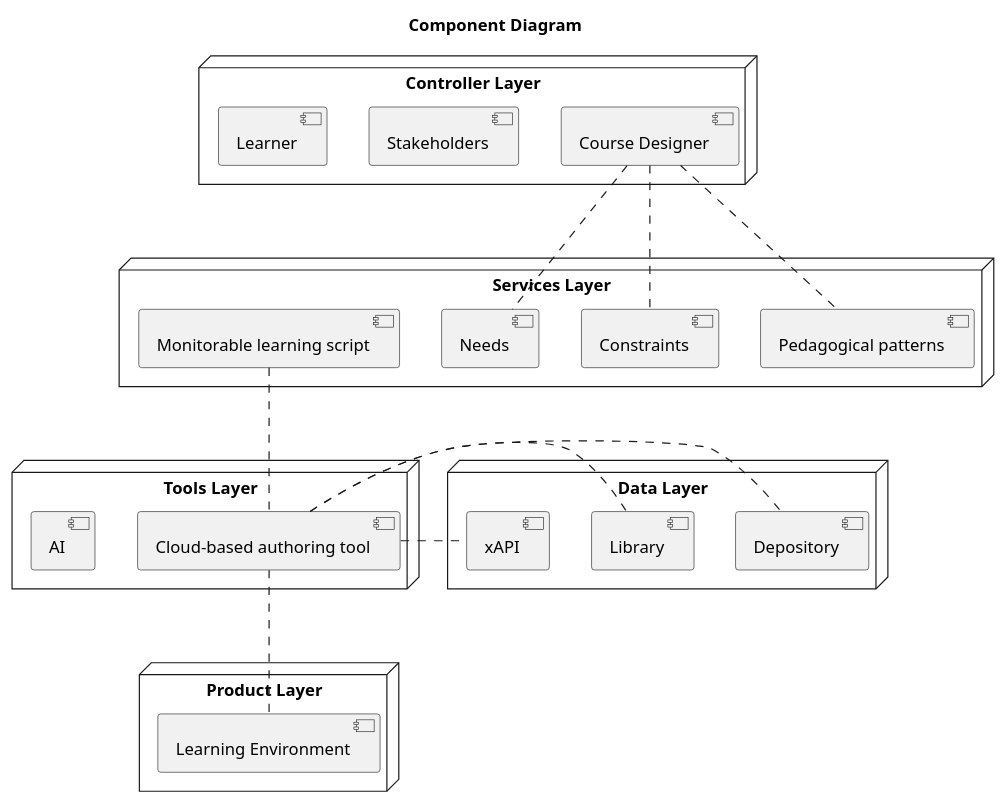
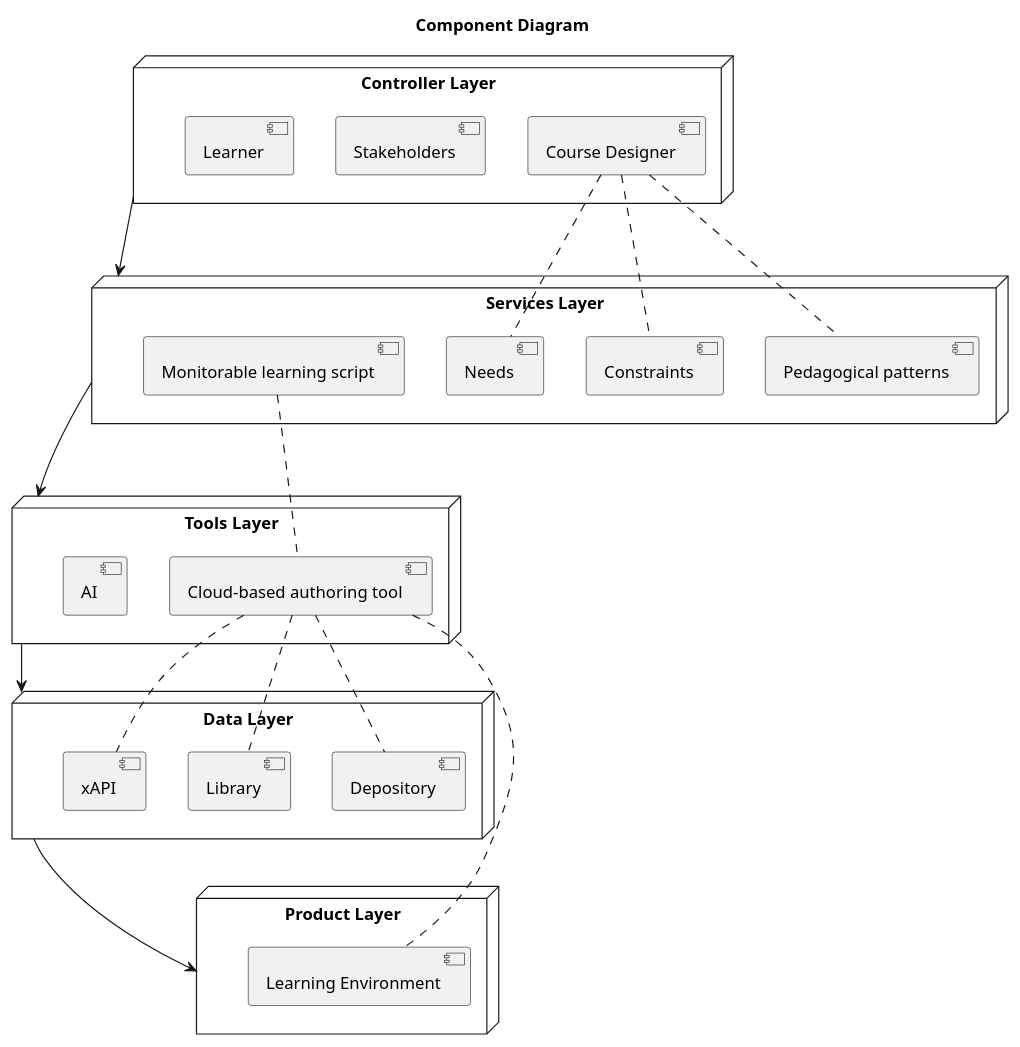
One commit to ech08ravo/2019C changed the diagram in Components.md. Above: the diagram before and after it, drawn with PlantUML. The commit also changed other lines of this file, not shown here.

Commit message:
Updated to Component #2.
For some reason, after @dman7510 merged my pull request, the changes were not reflected on the repo, so I changed it here directly.

```diff
--- a/Components.md
+++ b/Components.md
@@ -12,35 +12,41 @@
 @startuml
 
 Title Component Diagram
-node "Controller Layer" {
+node "Controller Layer" as CL {
 [Course Designer]
 [Stakeholders]
 [Learner]
 }
-node "Services Layer" {
+node "Services Layer" as SL {
 [Needs]
 [Constraints]
 [Pedagogical patterns]
 [Monitorable learning script]
 }
-node "Tools Layer" {
+node "Tools Layer" as TL {
 [Cloud-based authoring tool]
 [AI]
 }
-node "Data Layer" {
+node "Data Layer" as DL {
 [Depository]
 [Library]
 [xAPI]
 }
-node "Product Layer" {
+node "Product Layer" as PL {
 [Learning Environment]
 }
 [Course Designer] ... [Needs]
 [Course Designer] ... [Constraints]
 [Course Designer] ... [Pedagogical patterns]
 [Monitorable learning script] ... [Cloud-based authoring tool]
 [Cloud-based authoring tool] ... [Learning Environment]
 [Cloud-based authoring tool] -right... [Depository]
 [Cloud-based authoring tool] -right... [Library]
 [Cloud-based authoring tool] -right... [xAPI]
+
+CL -down-> SL
+SL -down-> TL
+TL -down-> DL
+DL -down-> PL
+
 @enduml
```
